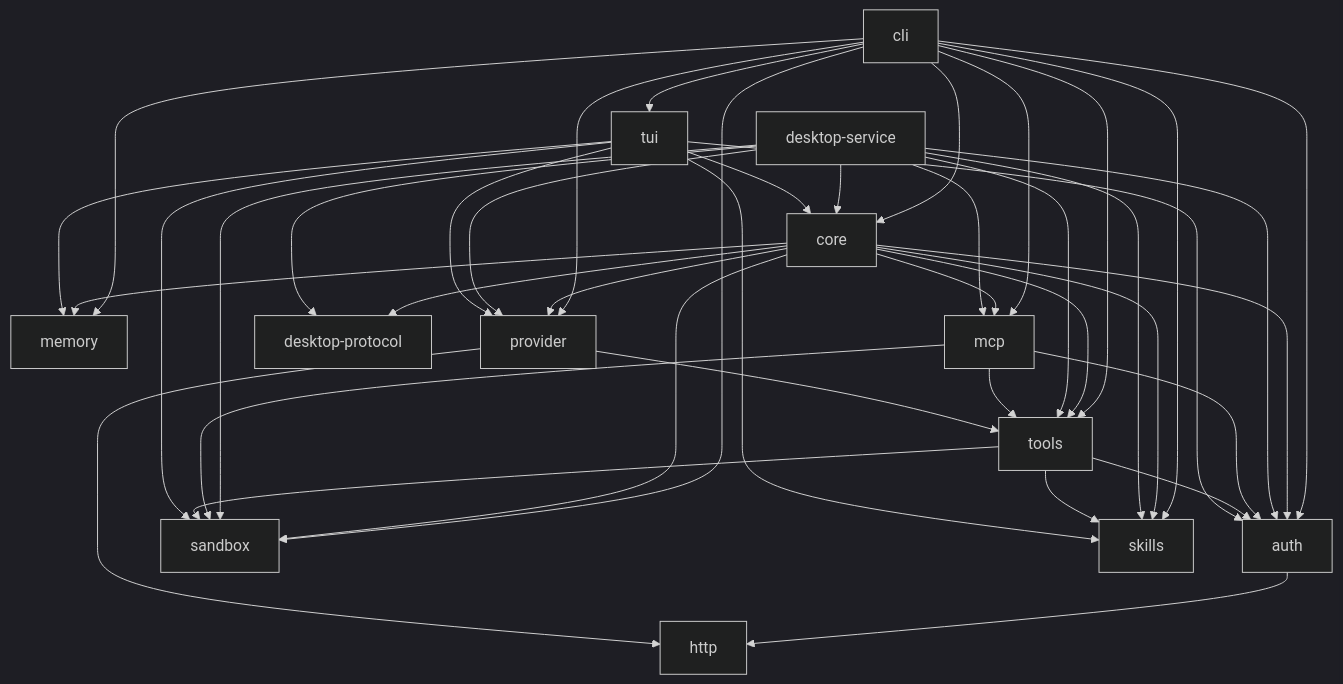
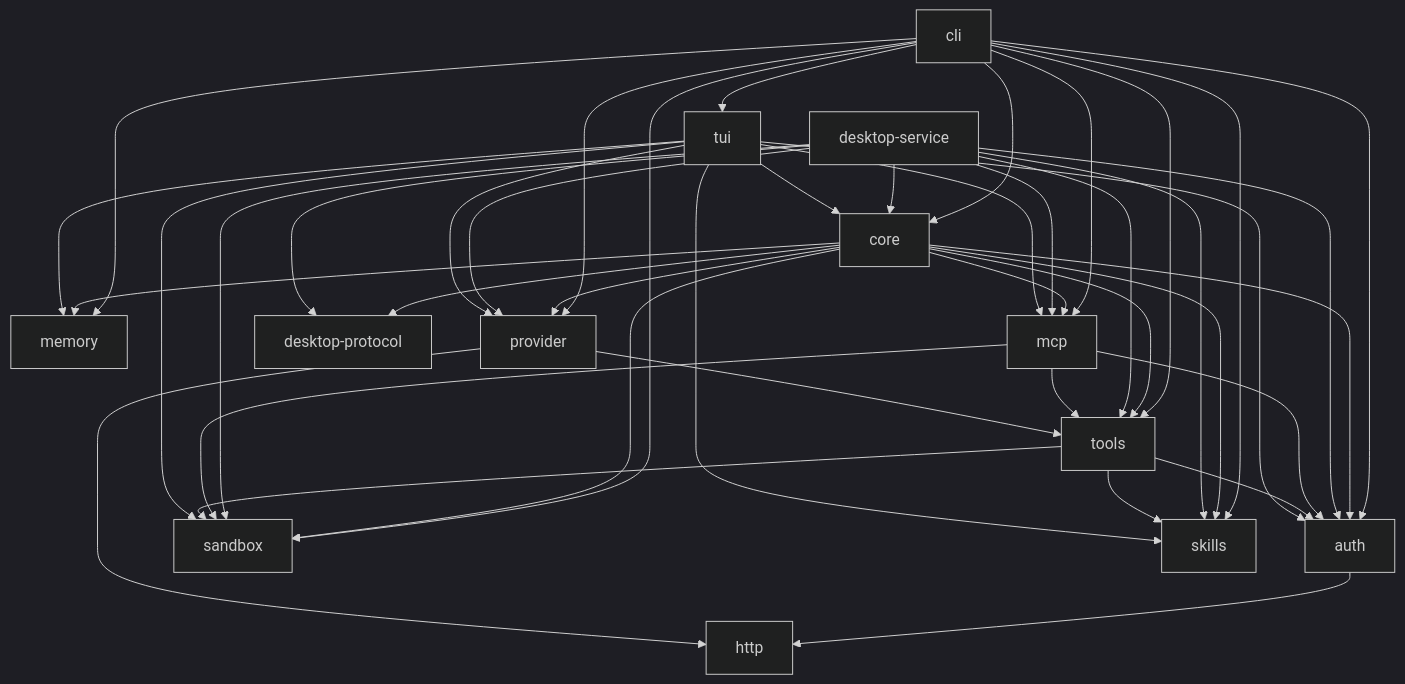
The diagram in docs/architecture.md (4ltena/polaris), drawn with Mermaid (dark theme) before and after one commit. The commit also changed other lines of this file and 126 other files, not shown here.

First line of the commit message:
feat(tui): complete MCP management and restore quality gates

````diff
--- a/docs/architecture.md
+++ b/docs/architecture.md
@@ -13,43 +13,44 @@
 ```mermaid
 graph TD
   auth --> http
   cli --> memory
   cli --> auth
   cli --> core
   cli --> mcp
   cli --> provider
   cli --> sandbox
   cli --> skills
   cli --> tools
   cli --> tui
   core --> auth
   core --> desktop-protocol
   core --> provider
   core --> memory
   core --> mcp
   core --> sandbox
   core --> skills
   core --> tools
   desktop-service --> auth
   desktop-service --> tools
   desktop-service --> sandbox
   desktop-service --> mcp
   desktop-service --> skills
   desktop-service --> core
   desktop-service --> provider
   desktop-service --> desktop-protocol
   mcp --> tools
   mcp --> auth
   mcp --> sandbox
   provider --> tools
   provider --> http
   tools --> auth
   tools --> sandbox
   tools --> skills
   tui --> memory
   tui --> auth
   tui --> core
+  tui --> mcp
   tui --> provider
   tui --> sandbox
   tui --> skills
 ```
````
